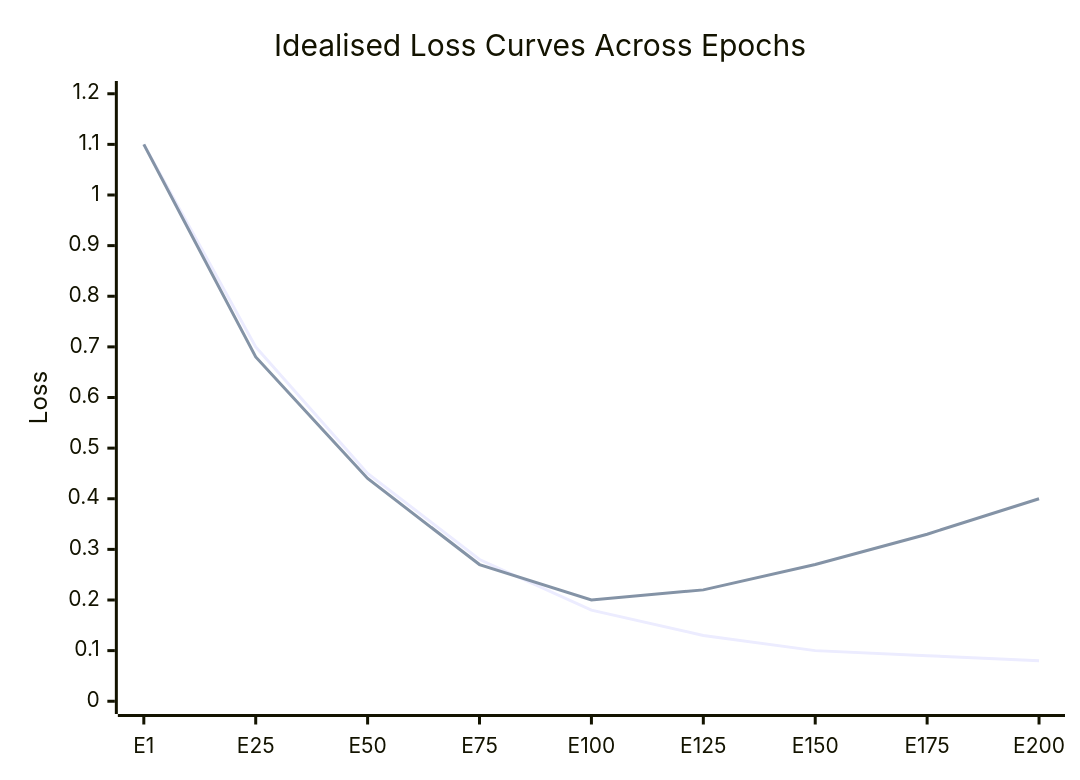
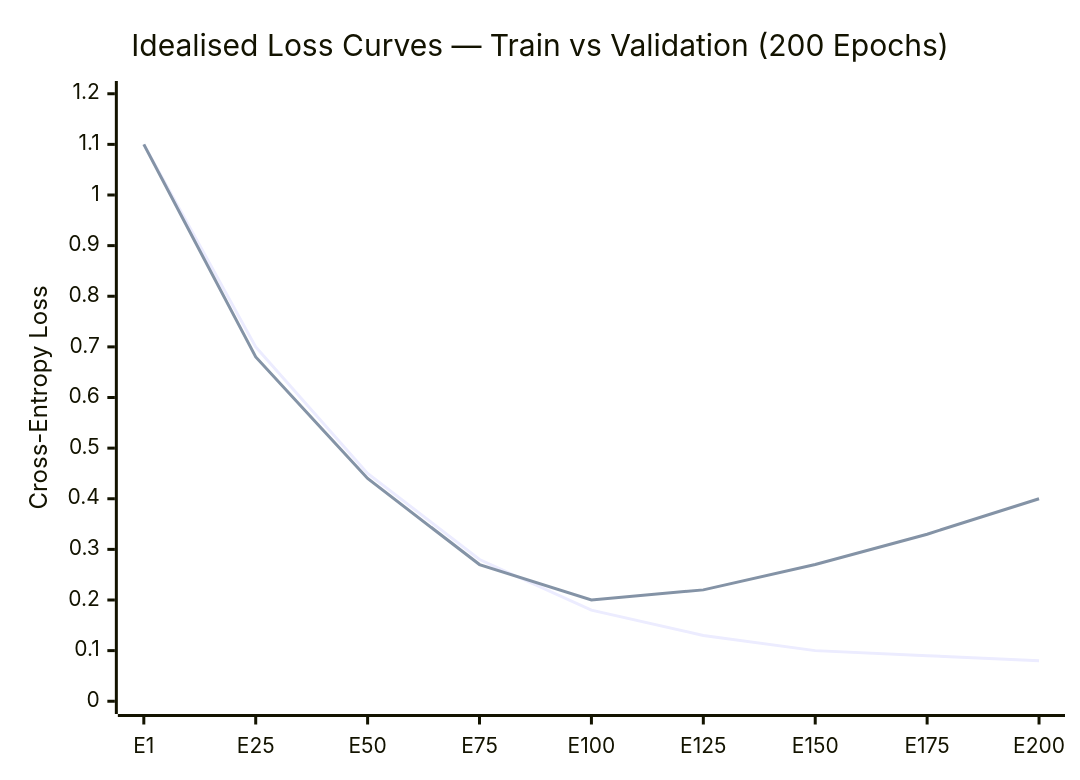
The fifth of 5 diagrams in README.md (hkevin01/epochs-demo), drawn with Mermaid before and after one commit. The commit also changed other lines of this file, not shown here.

````diff
--- a/README.md
+++ b/README.md
@@ -185,8 +253,8 @@
 ```mermaid
 xychart-beta
-    title "Idealised Loss Curves Across Epochs"
+    title "Idealised Loss Curves — Train vs Validation (200 Epochs)"
     x-axis ["E1","E25","E50","E75","E100","E125","E150","E175","E200"]
-    y-axis "Loss" 0 --> 1.2
-    line [1.1, 0.7, 0.45, 0.28, 0.18, 0.13, 0.10, 0.09, 0.08]
-    line [1.1, 0.68, 0.44, 0.27, 0.20, 0.22, 0.27, 0.33, 0.40]
+    y-axis "Cross-Entropy Loss" 0 --> 1.2
+    line [1.10, 0.70, 0.45, 0.28, 0.18, 0.13, 0.10, 0.09, 0.08]
+    line [1.10, 0.68, 0.44, 0.27, 0.20, 0.22, 0.27, 0.33, 0.40]
 ```
````
